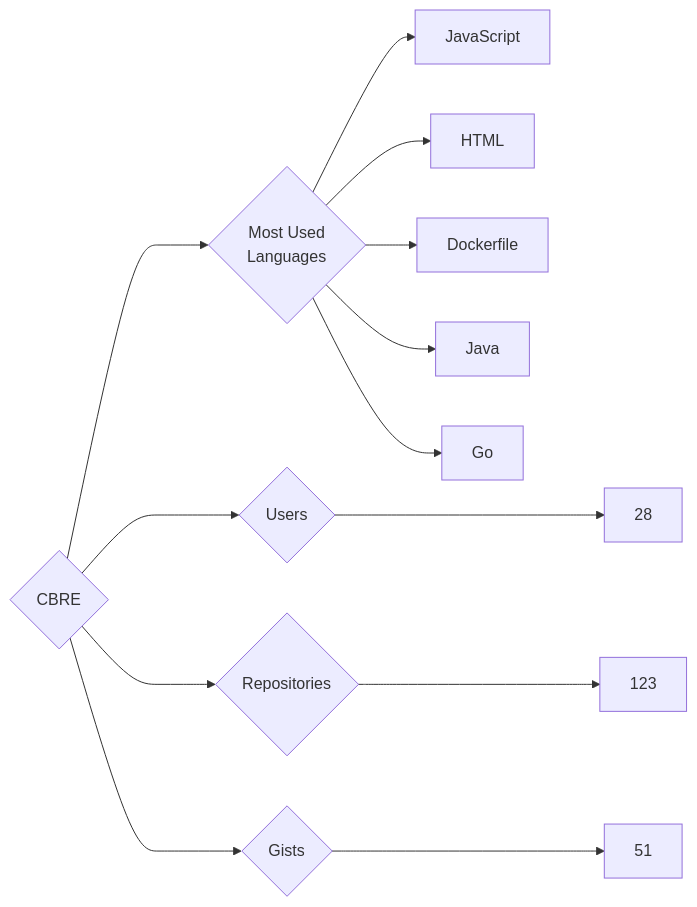
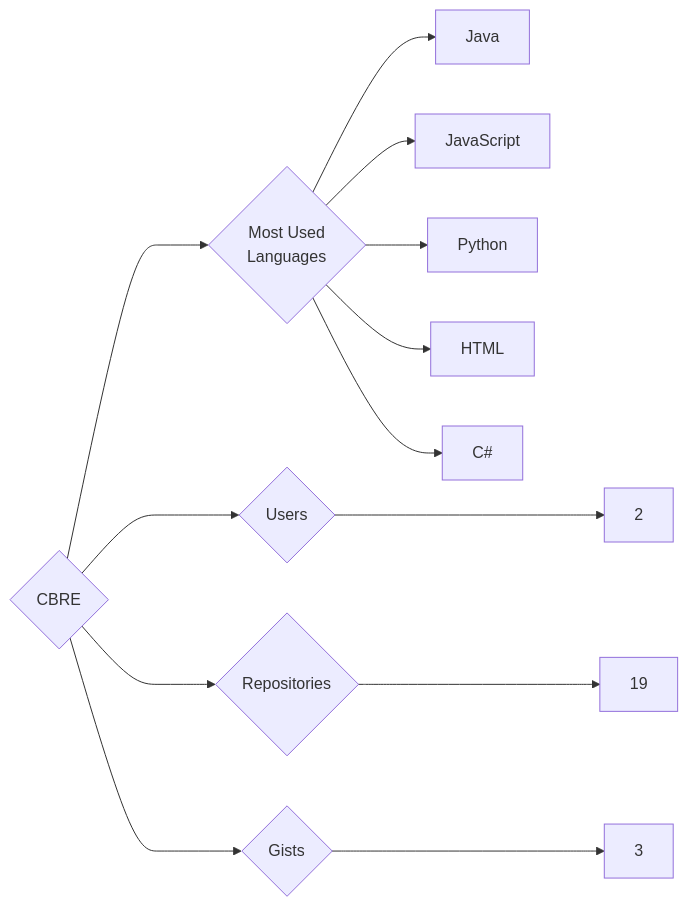
Before and after one commit to trickest/insiders: the diagram in targets/CBRE/README.md, drawn with Mermaid. The commit also changed 984 other files, not shown here.

````diff
--- a/targets/CBRE/README.md
+++ b/targets/CBRE/README.md
@@ -3,13 +3,13 @@
 ```mermaid
 graph LR
 COMPANY_NAME{CBRE}
-COMPANY_NAME ---> U{Users} ---> UN[28]
-COMPANY_NAME ---> R{Repositories} ---> RN[123]
-COMPANY_NAME ---> G{Gists} ---> GN[51]
+COMPANY_NAME ---> U{Users} ---> UN[2]
+COMPANY_NAME ---> R{Repositories} ---> RN[19]
+COMPANY_NAME ---> G{Gists} ---> GN[3]
 COMPANY_NAME ---> ML{Most Used<br>Languages}
+ML --> Java[Java]
 ML --> JavaScript[JavaScript]
+ML --> Python[Python]
 ML --> HTML[HTML]
-ML --> Dockerfile[Dockerfile]
-ML --> Java[Java]
-ML --> Go[Go]
+ML --> C#[C#]
 ```
````
